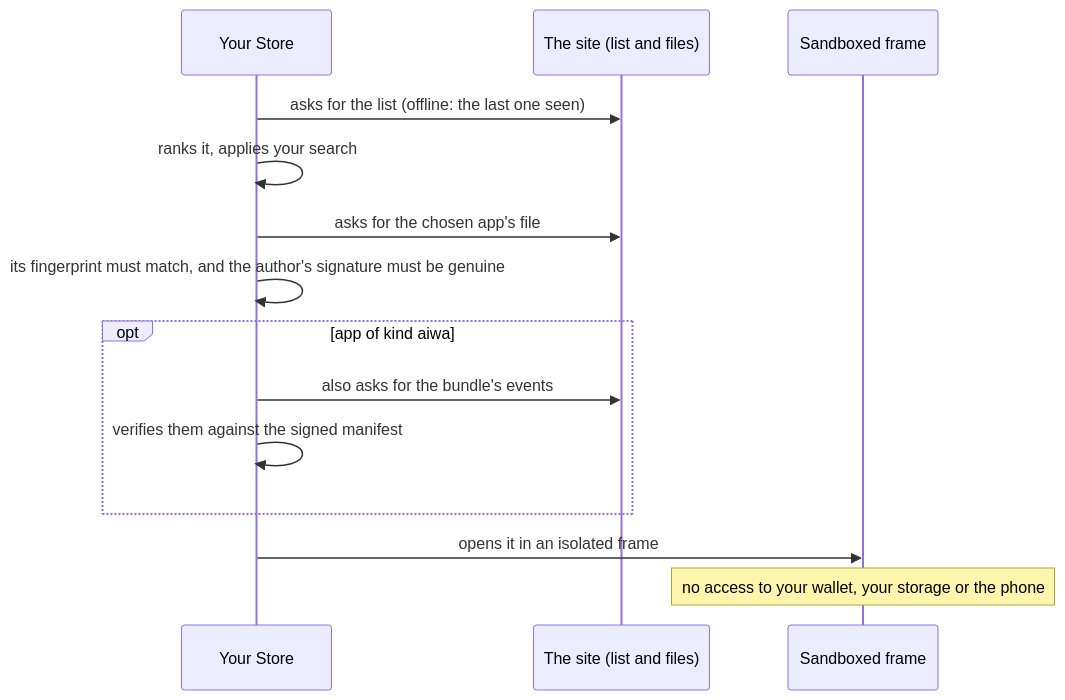
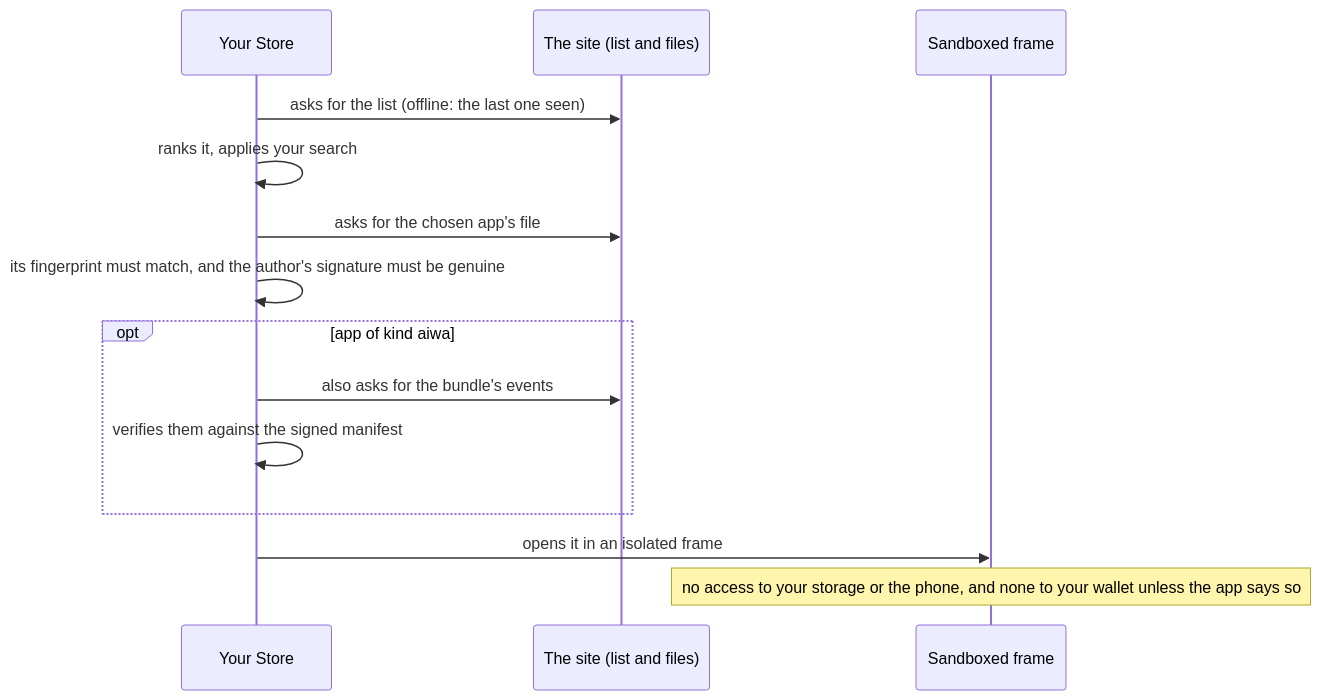
Diagram 12 of 13 in docs/EXPLAINED.md (theodoreyong9/Aiwa_store), drawn with Mermaid before and after one commit. The commit also changed other lines of this file and 17 other files, not shown here.

````diff
--- a/docs/EXPLAINED.md
+++ b/docs/EXPLAINED.md
@@ -391,16 +391,16 @@
 ```mermaid
 sequenceDiagram
   participant R as Your Store
   participant P as The site (list and files)
   participant F as Sandboxed frame
   R->>P: asks for the list (offline: the last one seen)
   R->>R: ranks it, applies your search
   R->>P: asks for the chosen app's file
   R->>R: its fingerprint must match, and the author's signature must be genuine
   opt app of kind aiwa
     R->>P: also asks for the bundle's events
     R->>R: verifies them against the signed manifest
   end
   R->>F: opens it in an isolated frame
-  Note over F: no access to your wallet, your storage or the phone
+  Note over F: no access to your storage or the phone, and none to your wallet unless the app says so
 ```
````
